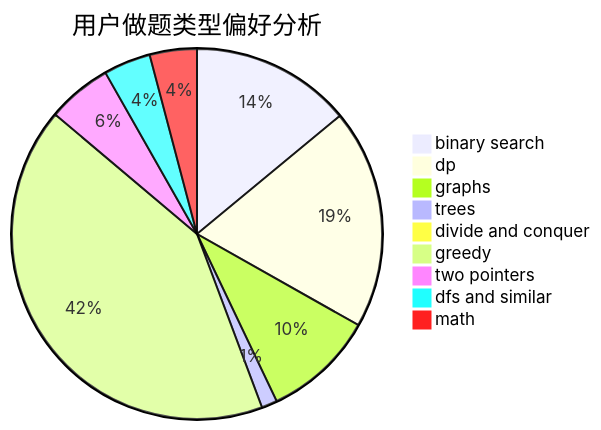
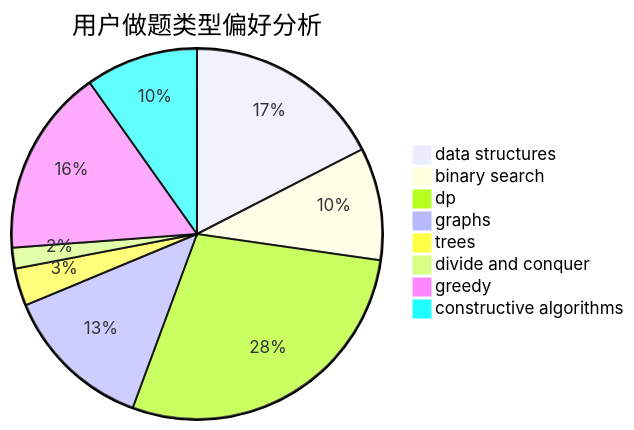
Before and after one commit to sherpahu/cfrs.github.io: the second of 3 diagrams in docs/user/u124.md, drawn with Mermaid. The commit also changed other lines of this file and 2775 other files, not shown here.

````diff
--- a/docs/user/u124.md
+++ b/docs/user/u124.md
@@ -23,12 +23,11 @@
 ```mermaid
 pie title 用户做题类型偏好分析
-    "binary search" :  92
-    "dp" :  126
-    "graphs" :  64
+    "data structures" :  48
+    "binary search" :  27
+    "dp" :  78
+    "graphs" :  36
     "trees" :  9
     "divide and conquer" :  5
-    "greedy" :  275
-    "two pointers" :  37
-    "dfs and similar" :  27
-    "math" :  27
+    "greedy" :  45
+    "constructive algorithms" :  27
 ```
````
